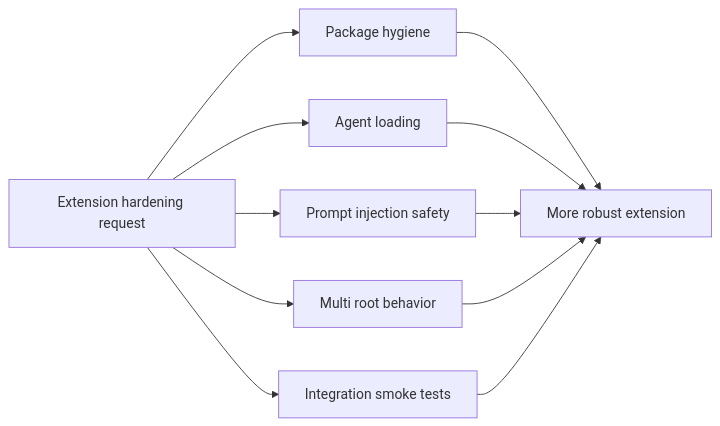
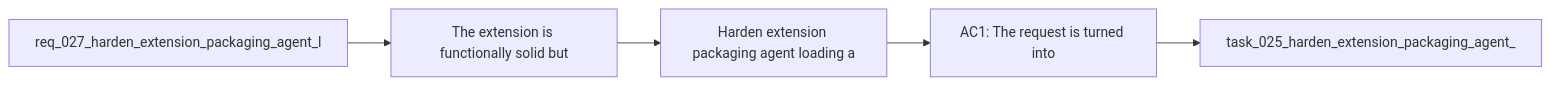
Before and after one commit to AlexAgo83/logics-manager: the diagram in logics/backlog/item_031_harden_extension_packaging_agent_loading_and_workspace_runtime_behavior.md, drawn with Mermaid. The commit also changed other lines of this file and 481 other files, not shown here.

````diff
--- a/logics/backlog/item_031_harden_extension_packaging_agent_loading_and_workspace_runtime_behavior.md
+++ b/logics/backlog/item_031_harden_extension_packaging_agent_loading_and_workspace_runtime_behavior.md
@@ -40,14 +40,9 @@
 ```mermaid
+%% logics-kind: backlog
 %% logics-signature: backlog|harden-extension-packaging-agent-loading|req-027-harden-extension-packaging-agent|the-extension-is-functionally-solid-but|ac1-the-request-is-turned-into
 flowchart LR
-    Req[Extension hardening request] --> Package[Package hygiene]
-    Req --> Agents[Agent loading]
-    Req --> Prompt[Prompt injection safety]
-    Req --> Workspace[Multi root behavior]
-    Req --> Smoke[Integration smoke tests]
-    Package --> Stable[More robust extension]
-    Agents --> Stable
-    Prompt --> Stable
-    Workspace --> Stable
-    Smoke --> Stable
+    Request[req_027_harden_extension_packaging_agent_l] --> Problem[The extension is functionally solid but]
+    Problem --> Scope[Harden extension packaging agent loading a]
+    Scope --> Acceptance[AC1: The request is turned into]
+    Acceptance --> Tasks[task_025_harden_extension_packaging_agent_]
 ```
````
